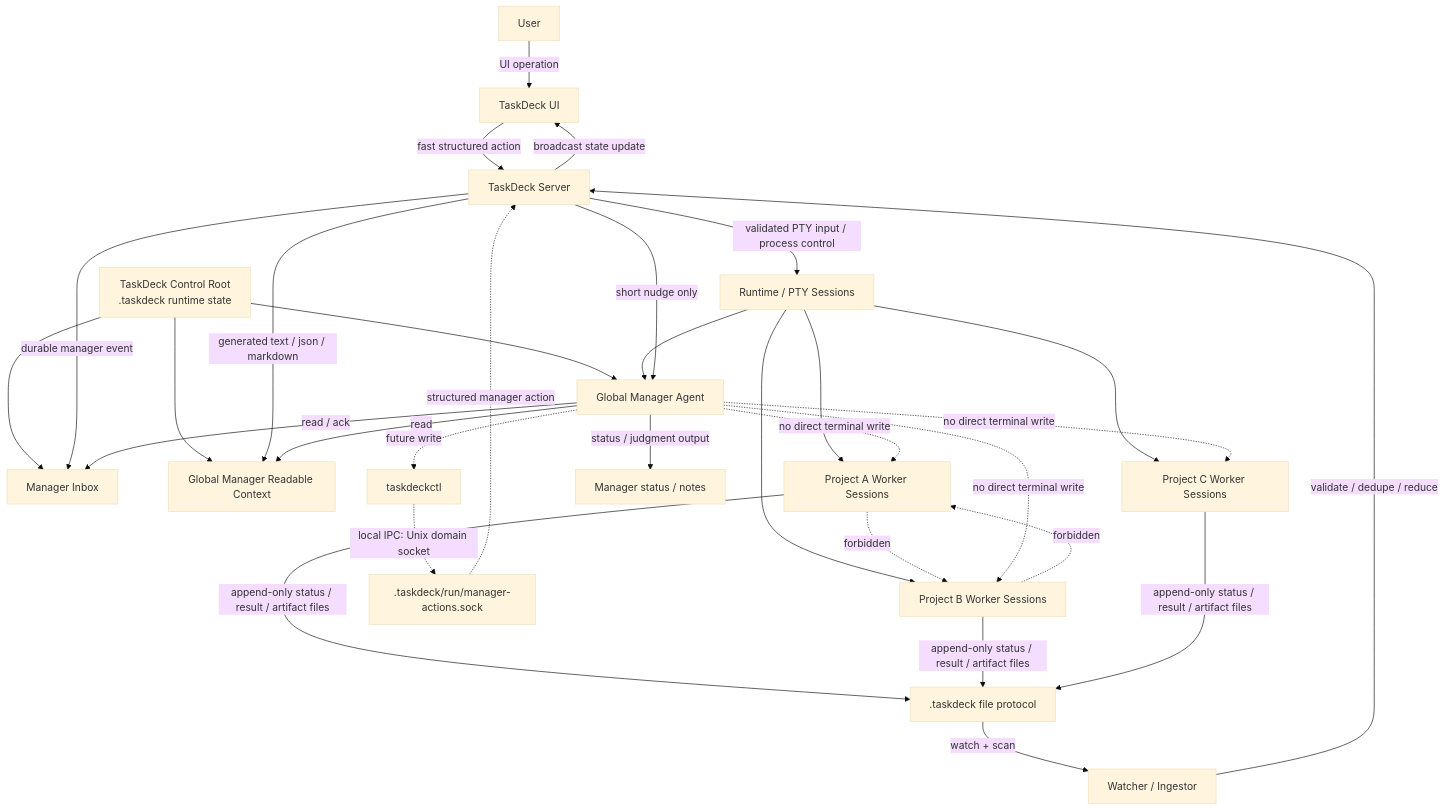
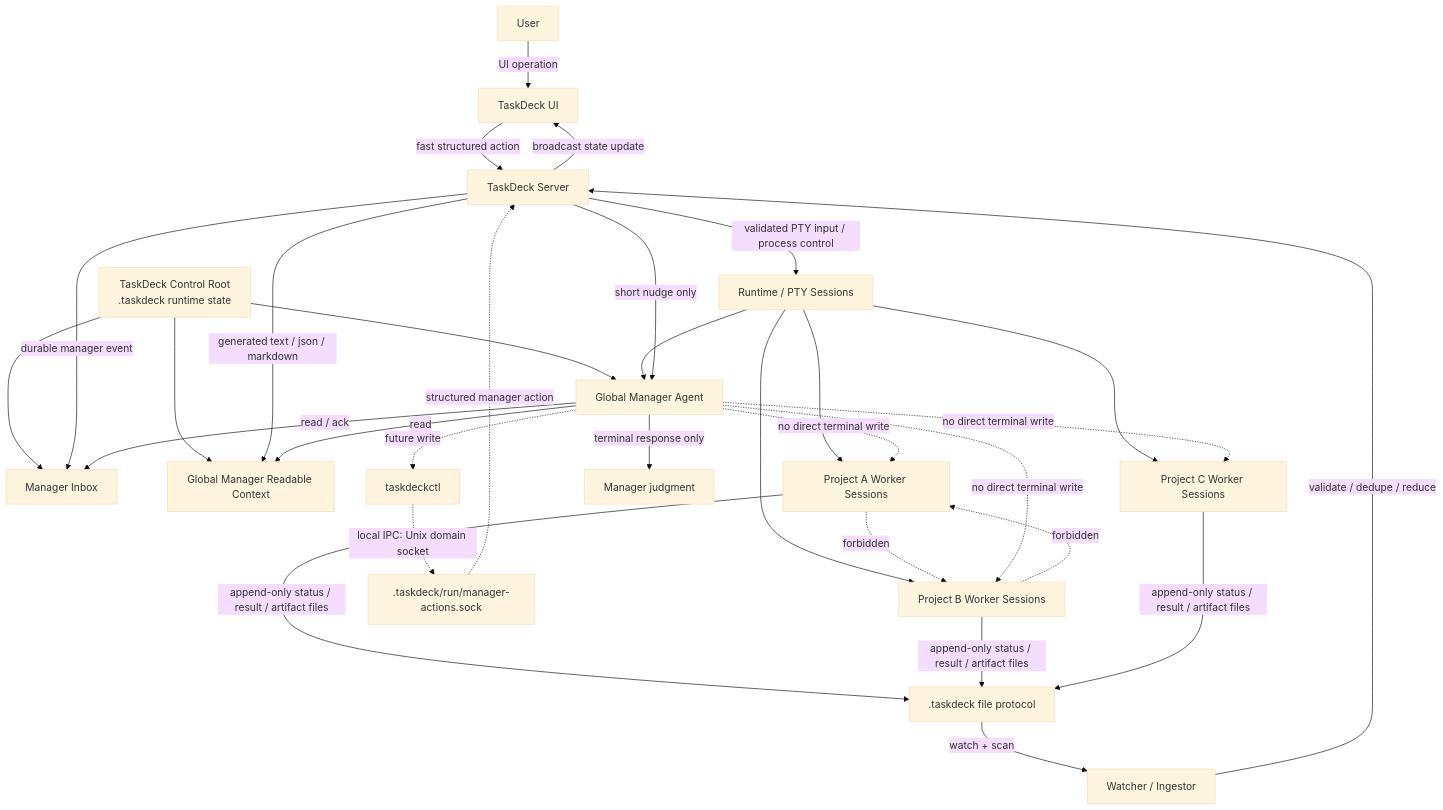
Before and after one commit to hayashikentaro/task-deck: the diagram in docs/taskdeck-actor-protocol.md, drawn with Mermaid (base theme). The commit also changed other lines of this file and 4 other files, not shown here.

Commit message:
Remove manager status-file judgment instructions

````diff
--- a/docs/taskdeck-actor-protocol.md
+++ b/docs/taskdeck-actor-protocol.md
@@ -24,42 +24,42 @@
 ```mermaid
 flowchart TD
   User[User] -->|UI operation| UI[TaskDeck UI]
   UI -->|fast structured action| Server[TaskDeck Server]
 
   ControlRoot[TaskDeck Control Root<br/>.taskdeck runtime state] --> ManagerInbox[Manager Inbox]
   ControlRoot --> ReadModel[Global Manager Readable Context]
   ControlRoot --> Manager[Global Manager Agent]
 
   Server -->|validated PTY input / process control| Runtime[Runtime / PTY Sessions]
   Runtime --> ProjectA[Project A Worker Sessions]
   Runtime --> ProjectB[Project B Worker Sessions]
   Runtime --> ProjectC[Project C Worker Sessions]
   Runtime --> Manager
 
   ProjectA -->|append-only status / result / artifact files| Files[.taskdeck file protocol]
   ProjectB -->|append-only status / result / artifact files| Files
   ProjectC -->|append-only status / result / artifact files| Files
 
   Files -->|watch + scan| Ingest[Watcher / Ingestor]
   Ingest -->|validate / dedupe / reduce| Server
 
   Server -->|generated text / json / markdown| ReadModel
   Server -->|durable manager event| ManagerInbox
   Server -->|short nudge only| Manager
 
   Manager -->|read| ReadModel
   Manager -->|read / ack| ManagerInbox
-  Manager -->|status / judgment output| ManagerOutput[Manager status / notes]
+  Manager -->|terminal response only| ManagerOutput[Manager judgment]
 
   Manager -. future write .-> Taskdeckctl[taskdeckctl]
   Taskdeckctl -. local IPC: Unix domain socket .-> Socket[.taskdeck/run/manager-actions.sock]
   Socket -. structured manager action .-> Server
 
   Server -->|broadcast state update| UI
 
   ProjectA -. forbidden .-> ProjectB
   ProjectB -. forbidden .-> ProjectA
   Manager -. no direct terminal write .-> ProjectA
   Manager -. no direct terminal write .-> ProjectB
   Manager -. no direct terminal write .-> ProjectC
 ```
````
